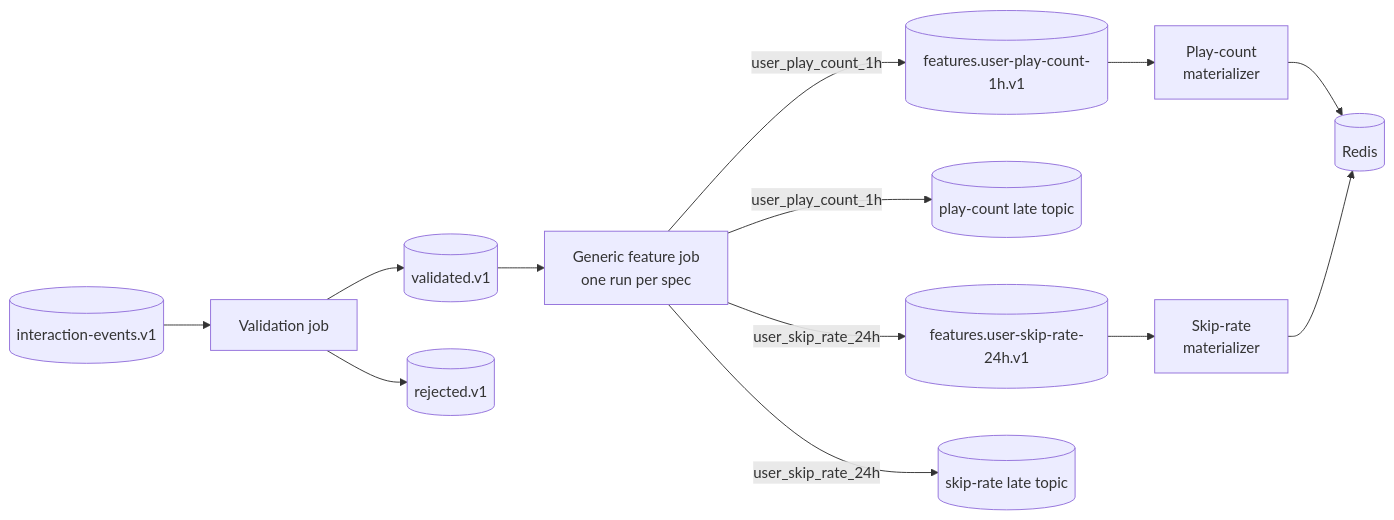
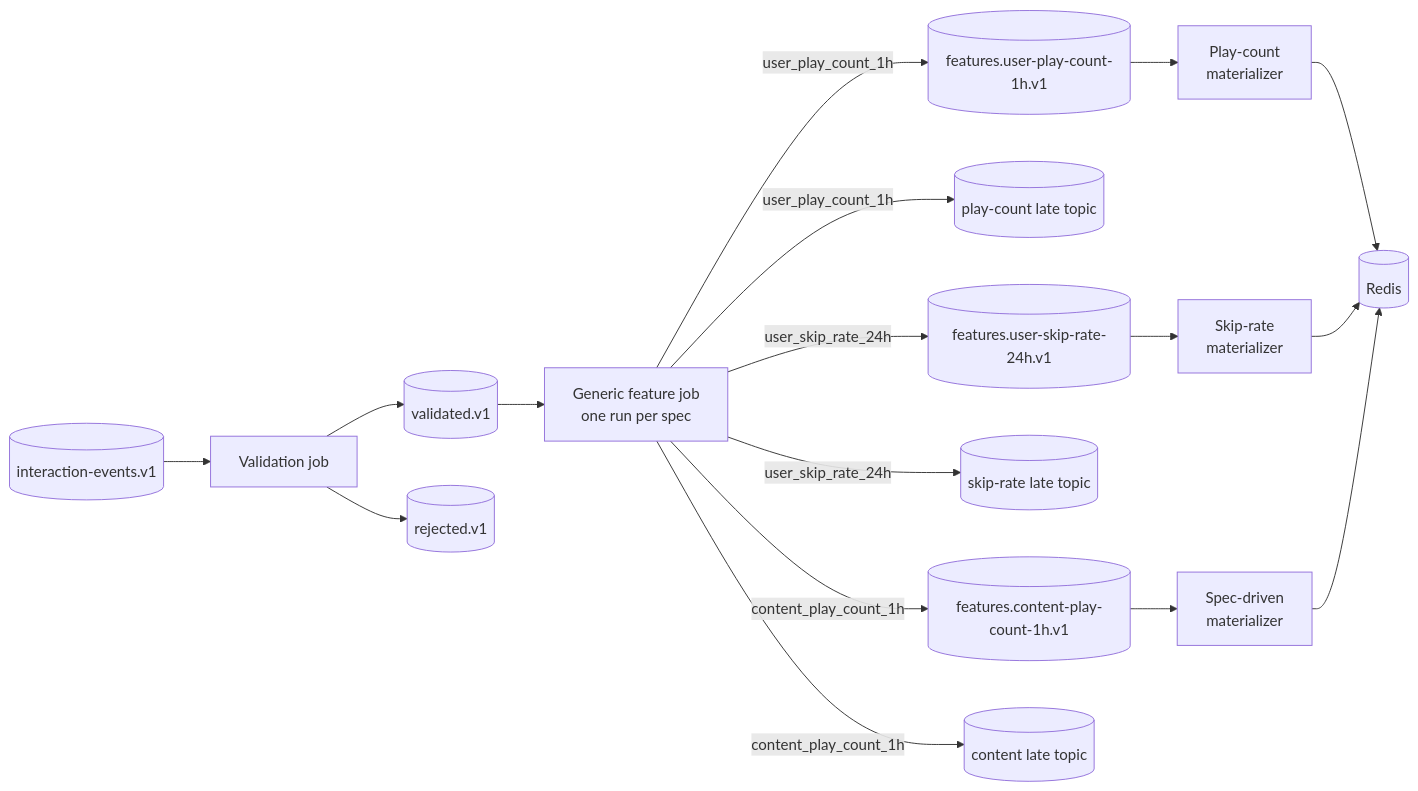
One commit to oster-dev/featureforge changed the third of 8 diagrams in ARCHITECTURE.md. Above: the diagram before and after it, drawn with Mermaid. The commit also changed other lines of this file and 8 other files, not shown here.

First line of the commit message:
docs: record the spec-driven online path across README, STATUS and de… (#40)

````diff
--- a/ARCHITECTURE.md
+++ b/ARCHITECTURE.md
@@ -80,18 +80,22 @@
 ```mermaid
 flowchart LR
     RAW[(interaction-events.v1)] --> V[Validation job]
     V --> OK[(validated.v1)]
     V --> REJ[(rejected.v1)]
 
     OK --> J[Generic feature job<br/>one run per spec]
 
     J -->|user_play_count_1h| PF[(features.user-play-count-1h.v1)]
     J -->|user_play_count_1h| PL[(play-count late topic)]
     J -->|user_skip_rate_24h| SF[(features.user-skip-rate-24h.v1)]
     J -->|user_skip_rate_24h| SL[(skip-rate late topic)]
+    J -->|content_play_count_1h| CF[(features.content-play-count-1h.v1)]
+    J -->|content_play_count_1h| CL[(content late topic)]
 
     PF --> M1[Play-count<br/>materializer]
     SF --> M2[Skip-rate<br/>materializer]
+    CF --> M3[Spec-driven<br/>materializer]
     M1 --> R[(Redis)]
     M2 --> R
+    M3 --> R
 ```
````
